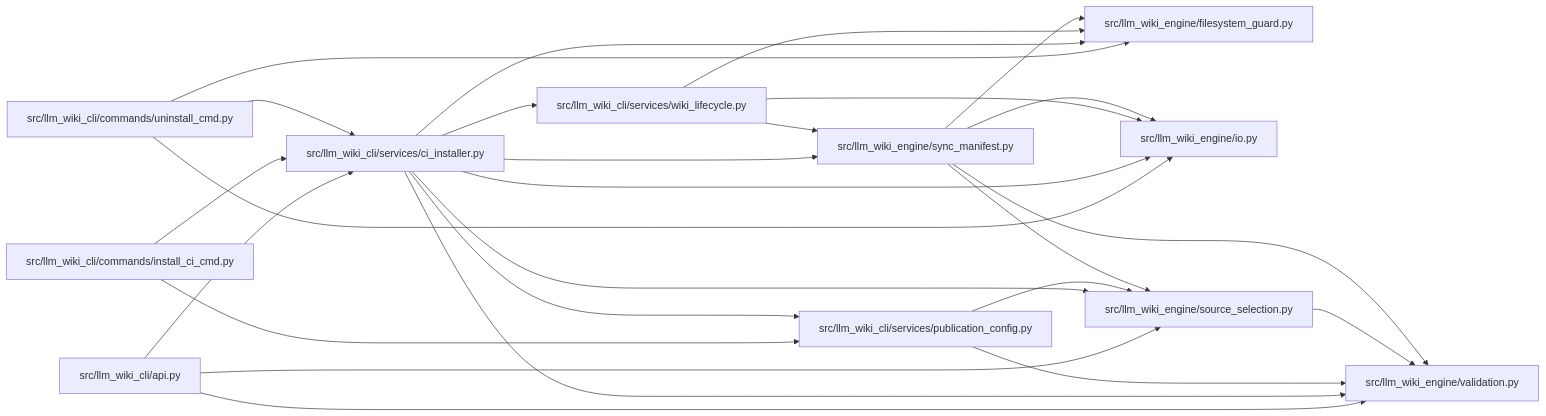
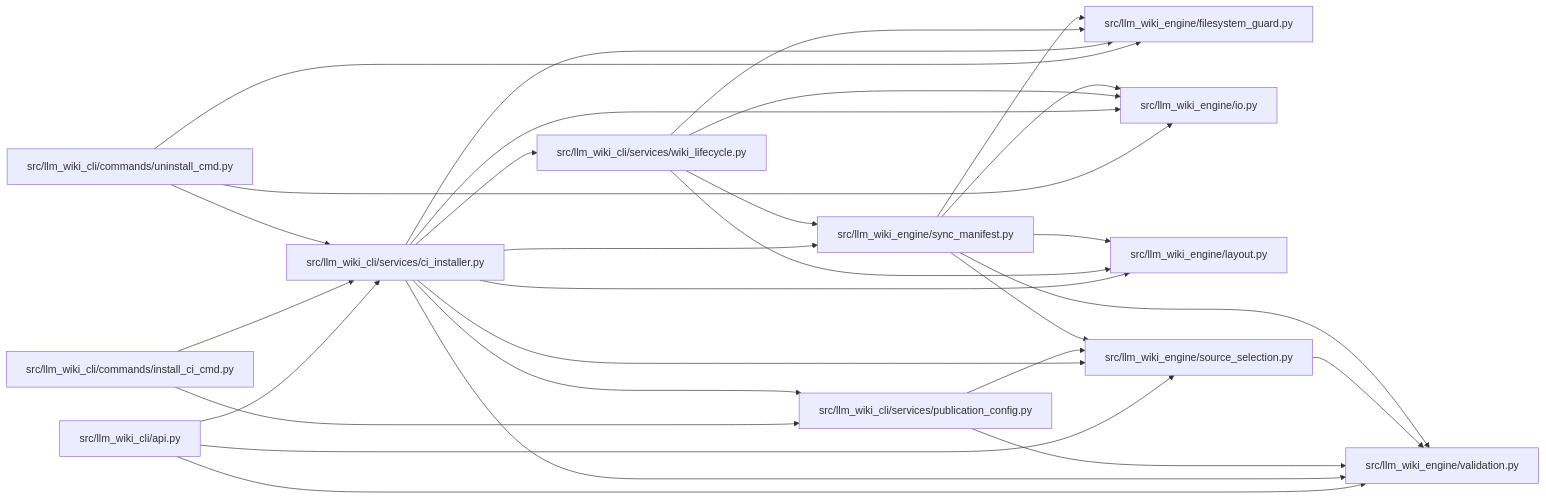
Before and after one commit to Denissvgn/python-wiki-llm: the diagram in docs/llm_wiki/modules/ci_installer.md, drawn with Mermaid. The commit also changed other lines of this file and 869 other files, not shown here.

Commit message:
docs: refresh the wiki for the engine layout and producer opt-in

````diff
--- a/docs/llm_wiki/modules/ci_installer.md
+++ b/docs/llm_wiki/modules/ci_installer.md
@@ -31,50 +32,55 @@
 ```mermaid
 flowchart LR
     n0["src/llm_wiki_cli/api.py"]
     n1["src/llm_wiki_cli/commands/install_ci_cmd.py"]
     n2["src/llm_wiki_cli/commands/uninstall_cmd.py"]
     n3["src/llm_wiki_cli/services/ci_installer.py"]
     n4["src/llm_wiki_cli/services/publication_config.py"]
     n5["src/llm_wiki_cli/services/wiki_lifecycle.py"]
     n6["src/llm_wiki_engine/filesystem_guard.py"]
     n7["src/llm_wiki_engine/io.py"]
-    n8["src/llm_wiki_engine/source_selection.py"]
-    n9["src/llm_wiki_engine/sync_manifest.py"]
-    n10["src/llm_wiki_engine/validation.py"]
+    n8["src/llm_wiki_engine/layout.py"]
+    n9["src/llm_wiki_engine/source_selection.py"]
+    n10["src/llm_wiki_engine/sync_manifest.py"]
+    n11["src/llm_wiki_engine/validation.py"]
     n0 --> n3
-    n0 --> n8
-    n0 --> n10
+    n0 --> n9
+    n0 --> n11
     n1 --> n3
     n1 --> n4
     n2 --> n3
     n2 --> n6
     n2 --> n7
     n3 --> n4
     n3 --> n5
     n3 --> n6
     n3 --> n7
     n3 --> n8
     n3 --> n9
     n3 --> n10
-    n4 --> n8
-    n4 --> n10
+    n3 --> n11
+    n4 --> n9
+    n4 --> n11
     n5 --> n6
     n5 --> n7
-    n5 --> n9
-    n8 --> n10
-    n9 --> n6
-    n9 --> n7
-    n9 --> n8
-    n9 --> n10
+    n5 --> n8
+    n5 --> n10
+    n9 --> n11
+    n10 --> n6
+    n10 --> n7
+    n10 --> n8
+    n10 --> n9
+    n10 --> n11
     click n0 "../modules/api.md"
     click n1 "../modules/install_ci_cmd.md"
     click n2 "../modules/uninstall_cmd.md"
     click n3 "../modules/ci_installer.md"
     click n4 "../modules/publication_config.md"
     click n5 "../modules/wiki_lifecycle.md"
     click n6 "../modules/filesystem_guard.md"
     click n7 "../modules/io.md"
-    click n8 "../modules/source_selection.md"
-    click n9 "../modules/sync_manifest.md"
-    click n10 "../modules/validation.md"
+    click n8 "../modules/layout.md"
+    click n9 "../modules/source_selection.md"
+    click n10 "../modules/sync_manifest.md"
+    click n11 "../modules/validation.md"
 ```
````
